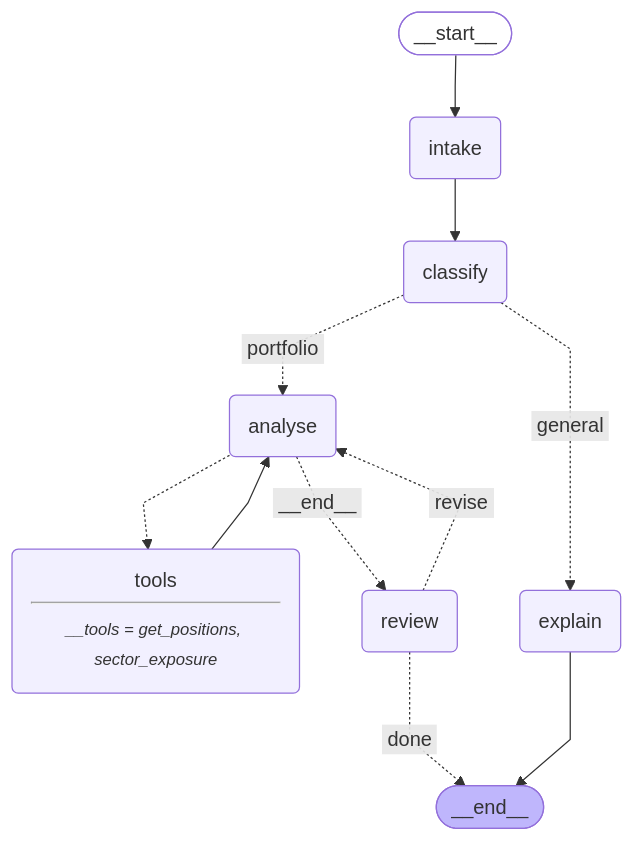
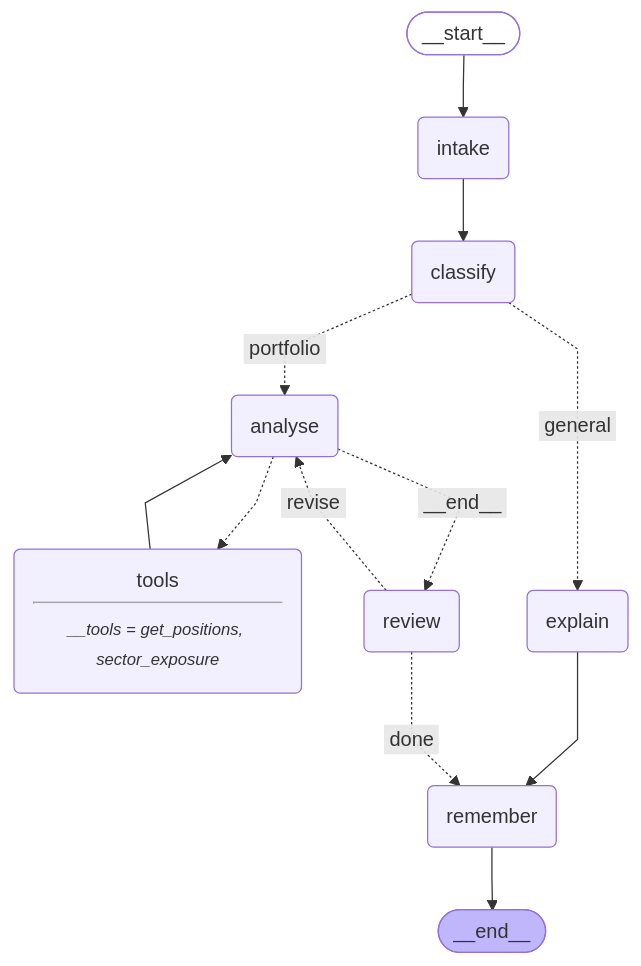
One commit to baytalhikmah2026/agentic-langgraph-fastapi-labs changed the diagram in docs/research_graph.md. Above: the diagram before and after it, drawn with Mermaid. The commit also changed 22 other files, not shown here.

````diff
--- a/docs/research_graph.md
+++ b/docs/research_graph.md
@@ -5,29 +5,31 @@
 ```mermaid
 ---
 config:
   flowchart:
     curve: linear
 ---
 graph TD;
 	__start__([<p>__start__</p>]):::first
 	intake(intake)
 	classify(classify)
 	analyse(analyse)
 	tools(tools<hr/><small><em>__tools = get_positions, sector_exposure</em></small>)
 	explain(explain)
 	review(review)
+	remember(remember)
 	__end__([<p>__end__</p>]):::last
 	__start__ --> intake;
 	analyse -. &nbsp;__end__&nbsp; .-> review;
 	analyse -.-> tools;
 	classify -. &nbsp;portfolio&nbsp; .-> analyse;
 	classify -. &nbsp;general&nbsp; .-> explain;
+	explain --> remember;
 	intake --> classify;
-	review -. &nbsp;done&nbsp; .-> __end__;
 	review -. &nbsp;revise&nbsp; .-> analyse;
+	review -. &nbsp;done&nbsp; .-> remember;
 	tools --> analyse;
-	explain --> __end__;
+	remember --> __end__;
 	classDef default fill:#f2f0ff,line-height:1.2
 	classDef first fill-opacity:0
 	classDef last fill:#bfb6fc
 ```
````
